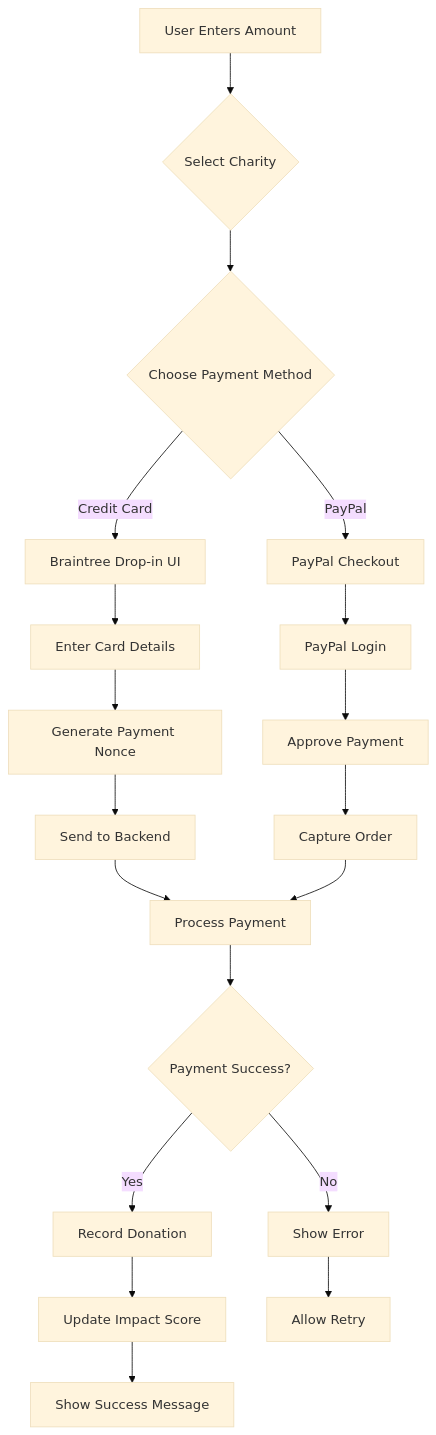
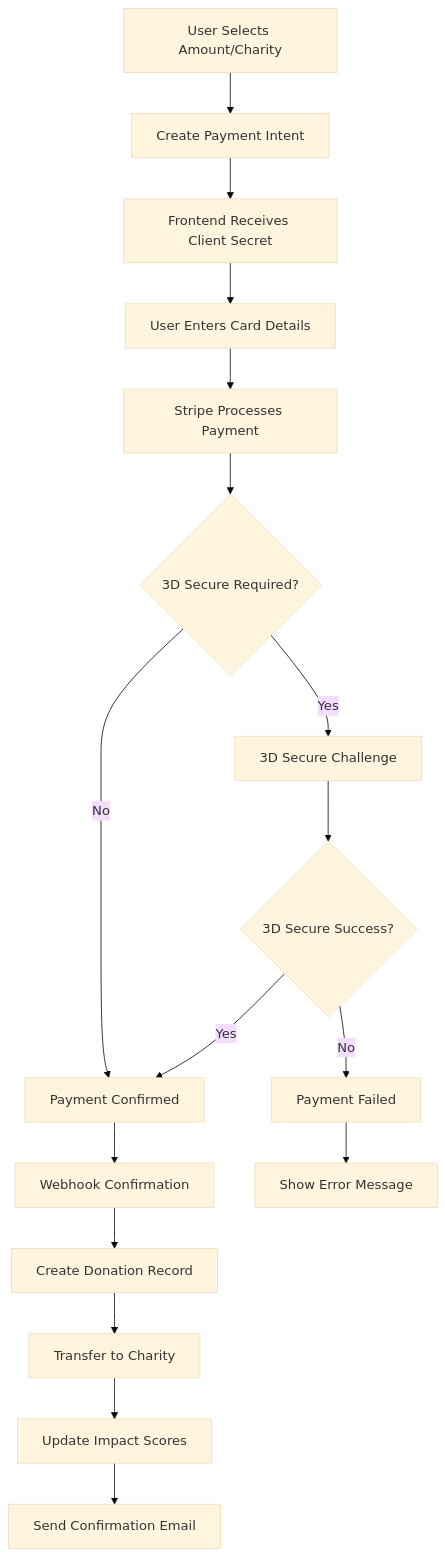
The diagram in docs/PAYMENT_INTEGRATION.md (joeheath1980/donation-dashboard-frontend), drawn with Mermaid (base theme) before and after one commit. The commit also changed other lines of this file and 81 other files, not shown here.

````diff
--- a/docs/PAYMENT_INTEGRATION.md
+++ b/docs/PAYMENT_INTEGRATION.md
@@ -244,27 +182,19 @@
 ```mermaid
 graph TD
-    A[User Enters Amount] --> B{Select Charity}
-    B --> C{Choose Payment Method}
-    C -->|Credit Card| D[Braintree Drop-in UI]
-    C -->|PayPal| E[PayPal Checkout]
-    
-    D --> F[Enter Card Details]
-    F --> G[Generate Payment Nonce]
-    G --> H[Send to Backend]
-    
-    E --> I[PayPal Login]
-    I --> J[Approve Payment]
-    J --> K[Capture Order]
-    
-    H --> L[Process Payment]
-    K --> L
-    
-    L --> M{Payment Success?}
-    M -->|Yes| N[Record Donation]
-    M -->|No| O[Show Error]
-    
-    N --> P[Update Impact Score]
-    P --> Q[Show Success Message]
-    
-    O --> R[Allow Retry]
+    A[User Selects Amount/Charity] --> B[Create Payment Intent]
+    B --> C[Frontend Receives Client Secret]
+    C --> D[User Enters Card Details]
+    D --> E[Stripe Processes Payment]
+    E --> F{3D Secure Required?}
+    F -->|Yes| G[3D Secure Challenge]
+    F -->|No| H[Payment Confirmed]
+    G --> I{3D Secure Success?}
+    I -->|Yes| H
+    I -->|No| J[Payment Failed]
+    H --> K[Webhook Confirmation]
+    K --> L[Create Donation Record]
+    L --> M[Transfer to Charity]
+    M --> N[Update Impact Scores]
+    N --> O[Send Confirmation Email]
+    J --> P[Show Error Message]
 ```
````
